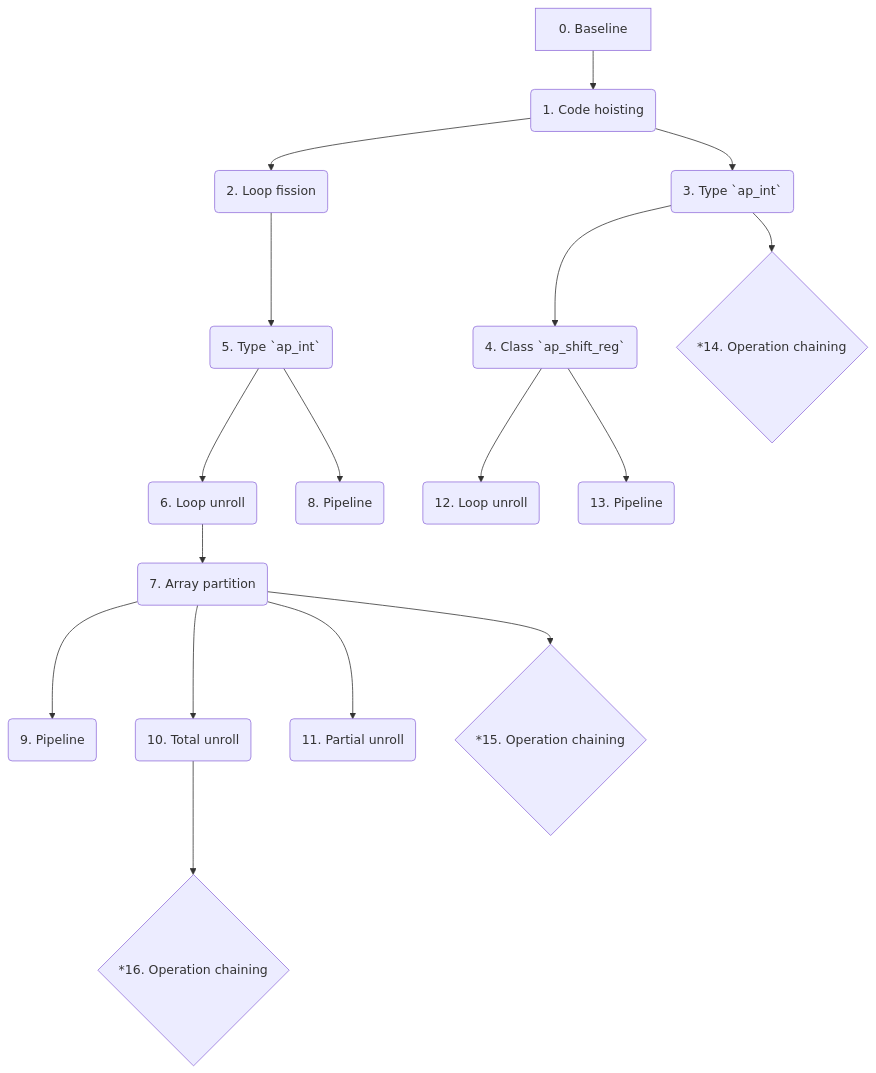
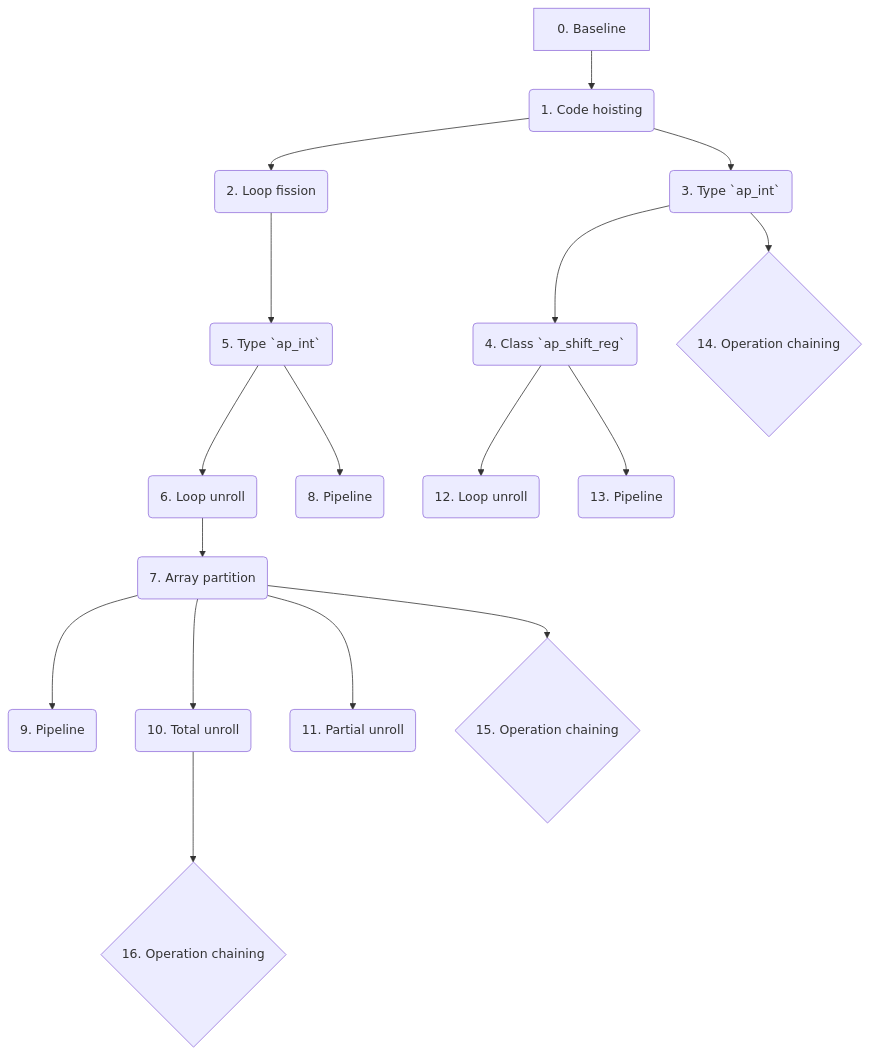
One commit to XBlayz/HLS_projects changed the diagram in README.md. Above: the diagram before and after it, drawn with Mermaid. The commit also changed other lines of this file, not shown here.

First line of the commit message:
docs: update directory structure documentation and fix flowchart syntax

````diff
--- a/README.md
+++ b/README.md
@@ -135,22 +147,22 @@
 ```mermaid
 flowchart TD
     0[0. Baseline] --> 1(1. Code hoisting)
 
     1 --> 2(2. Loop fission) --> 5(5. Type `ap_int`)
     1 --> 3(3. Type `ap_int`) --> 4(4. Class `ap_shift_reg`)
 
     5 --> 6(6. Loop unroll) --> 7(7. Array partition) --> 9(9. Pipeline)
     5 --> 8(8. Pipeline)
 
     7 --> 10(10. Total unroll)
     7 --> 11(11. Partial unroll)
 
     4 --> 12(12. Loop unroll)
     4 --> 13(13. Pipeline)
 
-    3 --> 14{*14. Operation chaining}
-    7 --> 15{*15. Operation chaining}
-    10 --> 16{*16. Operation chaining}
+    3 --> 14{14. Operation chaining}
+    7 --> 15{15. Operation chaining}
+    10 --> 16{16. Operation chaining}
 
     %%TODO: <BEST> --> 17[17. AXI4-Stream]
 ```
````
